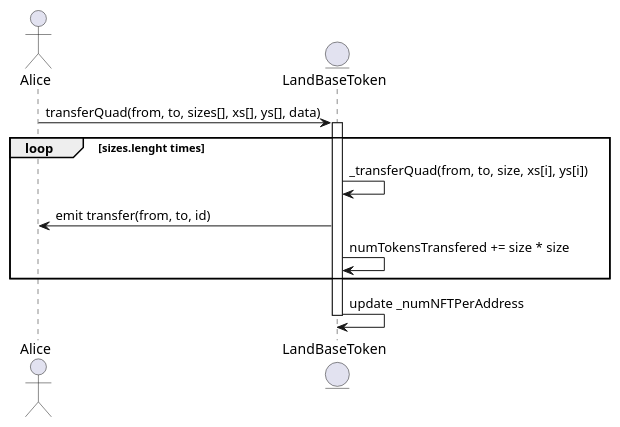
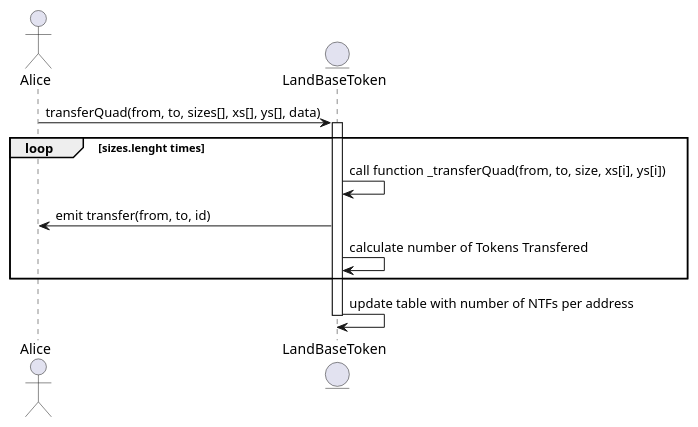
Before and after one commit to thesandboxgame/sandbox-smart-contracts: the fourth of 4 diagrams in docs/topics/land/land.md, drawn with PlantUML. The commit also changed other lines of this file, not shown here.

````diff
--- a/docs/topics/land/land.md
+++ b/docs/topics/land/land.md
@@ -352,14 +346,14 @@
 ```plantuml
 actor Alice
 entity LandBaseToken
 Alice -> LandBaseToken: transferQuad(from, to, sizes[], xs[], ys[], data)
 activate LandBaseToken
 
 loop sizes.lenght times
-    LandBaseToken -> LandBaseToken: _transferQuad(from, to, size, xs[i], ys[i])
+    LandBaseToken -> LandBaseToken: call function _transferQuad(from, to, size, xs[i], ys[i])
     LandBaseToken -> Alice: emit transfer(from, to, id)
-    LandBaseToken -> LandBaseToken: numTokensTransfered += size * size
+    LandBaseToken -> LandBaseToken: calculate number of Tokens Transfered
 end
-    LandBaseToken -> LandBaseToken: update _numNFTPerAddress
+    LandBaseToken -> LandBaseToken: update table with number of NTFs per address
 deactivate LandBaseToken
 ```
````
